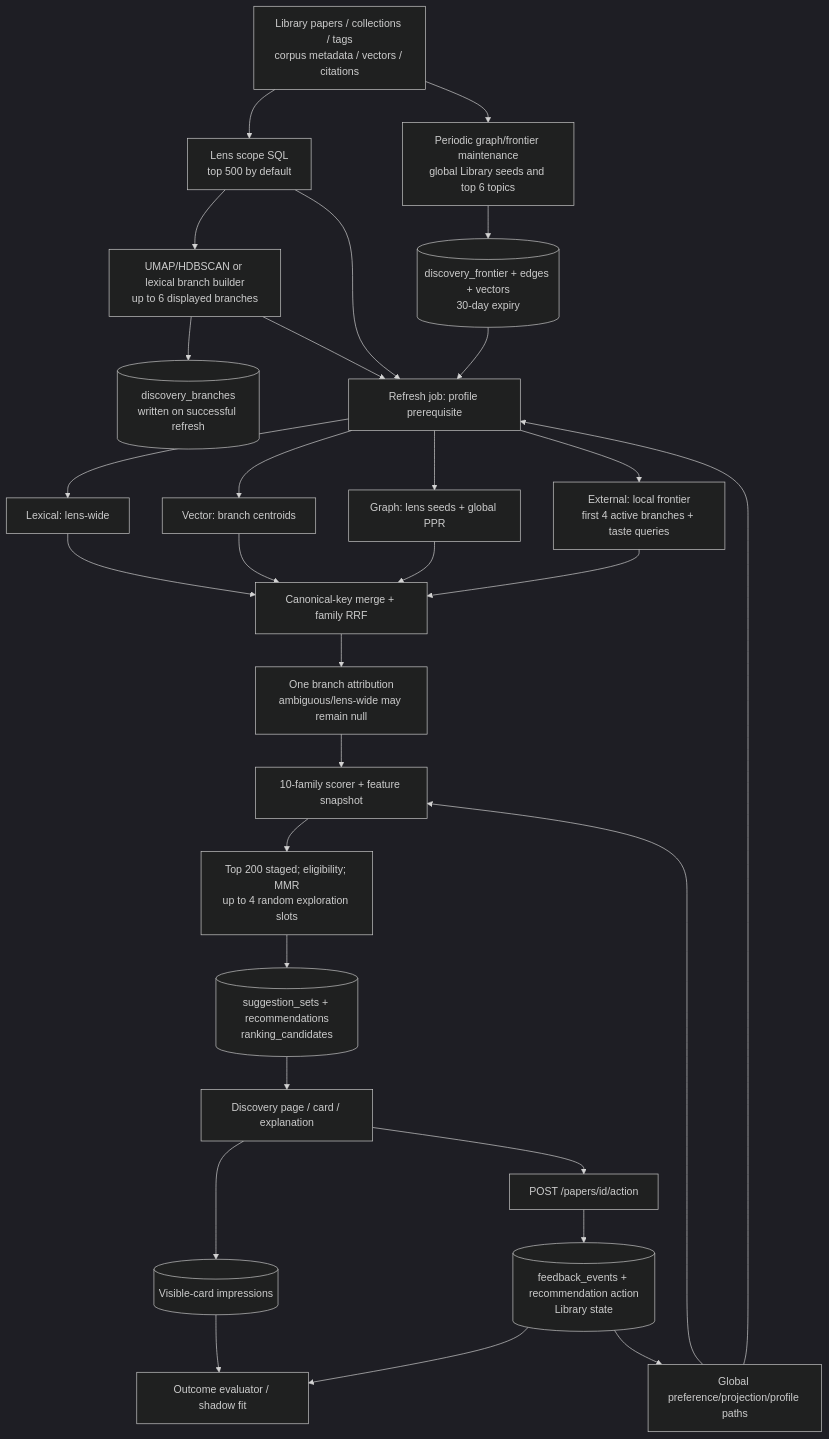
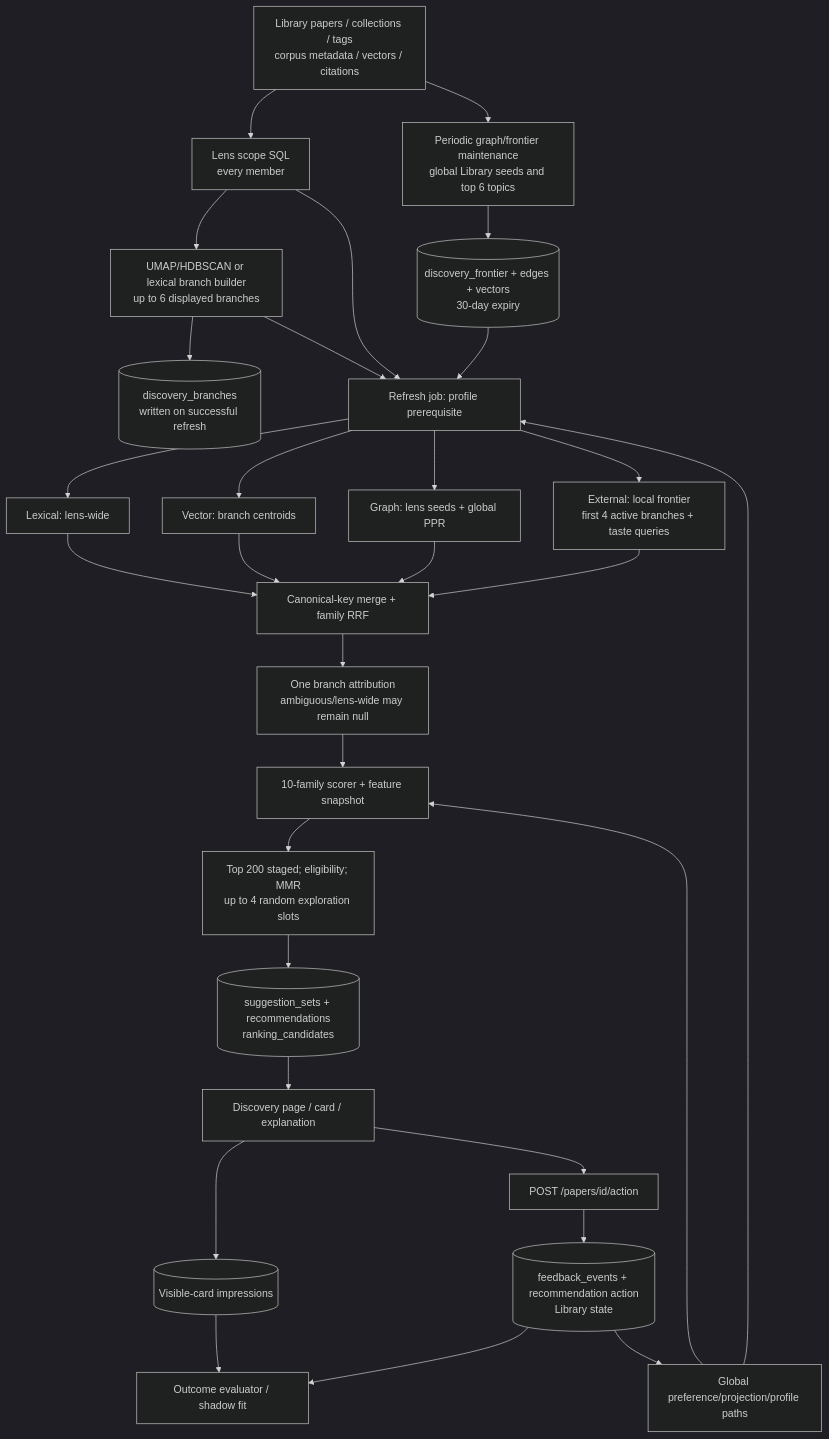
One commit to costantinoai/alma-library-manager changed the diagram in docs/reference/discovery-current-state-map.md. Above: the diagram before and after it, drawn with Mermaid (dark theme). The commit also changed other lines of this file and 6 other files, not shown here.

````diff
--- a/docs/reference/discovery-current-state-map.md
+++ b/docs/reference/discovery-current-state-map.md
@@ -42,32 +42,32 @@
 ```mermaid
 flowchart TD
-  X[Library papers / collections / tags<br/>corpus metadata / vectors / citations] --> L[Lens scope SQL<br/>top 500 by default]
+  X[Library papers / collections / tags<br/>corpus metadata / vectors / citations] --> L[Lens scope SQL<br/>every member]
   L --> B[UMAP/HDBSCAN or lexical branch builder<br/>up to 6 displayed branches]
   B --> BC[(discovery_branches<br/>written on successful refresh)]
   X --> G[Periodic graph/frontier maintenance<br/>global Library seeds and top 6 topics]
   G --> F[(discovery_frontier + edges + vectors<br/>30-day expiry)]
   L --> R[Refresh job: profile prerequisite]
   B --> R
   F --> R
   R --> RL[Lexical: lens-wide]
   R --> RV[Vector: branch centroids]
   R --> RG[Graph: lens seeds + global PPR]
   R --> RE[External: local frontier<br/>first 4 active branches + taste queries]
   RL --> M[Canonical-key merge + family RRF]
   RV --> M
   RG --> M
   RE --> M
   M --> A[One branch attribution<br/>ambiguous/lens-wide may remain null]
   A --> S[10-family scorer + feature snapshot]
   S --> C[Top 200 staged; eligibility; MMR<br/>up to 4 random exploration slots]
   C --> D[(suggestion_sets + recommendations<br/>ranking_candidates)]
   D --> U[Discovery page / card / explanation]
   U --> I[(Visible-card impressions)]
   U --> P[POST /papers/id/action]
   P --> E[(feedback_events + recommendation action<br/>Library state)]
   I --> V[Outcome evaluator / shadow fit]
   E --> V
   E --> GP[Global preference/projection/profile paths]
   GP --> R
   GP --> S
 ```
````
